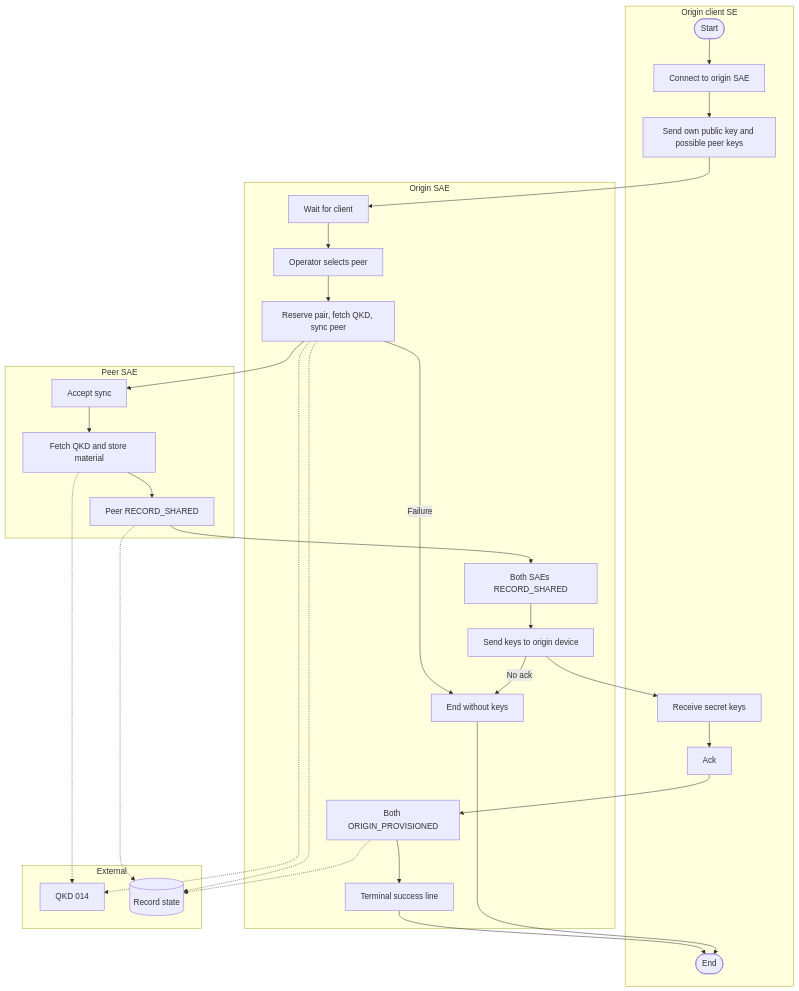
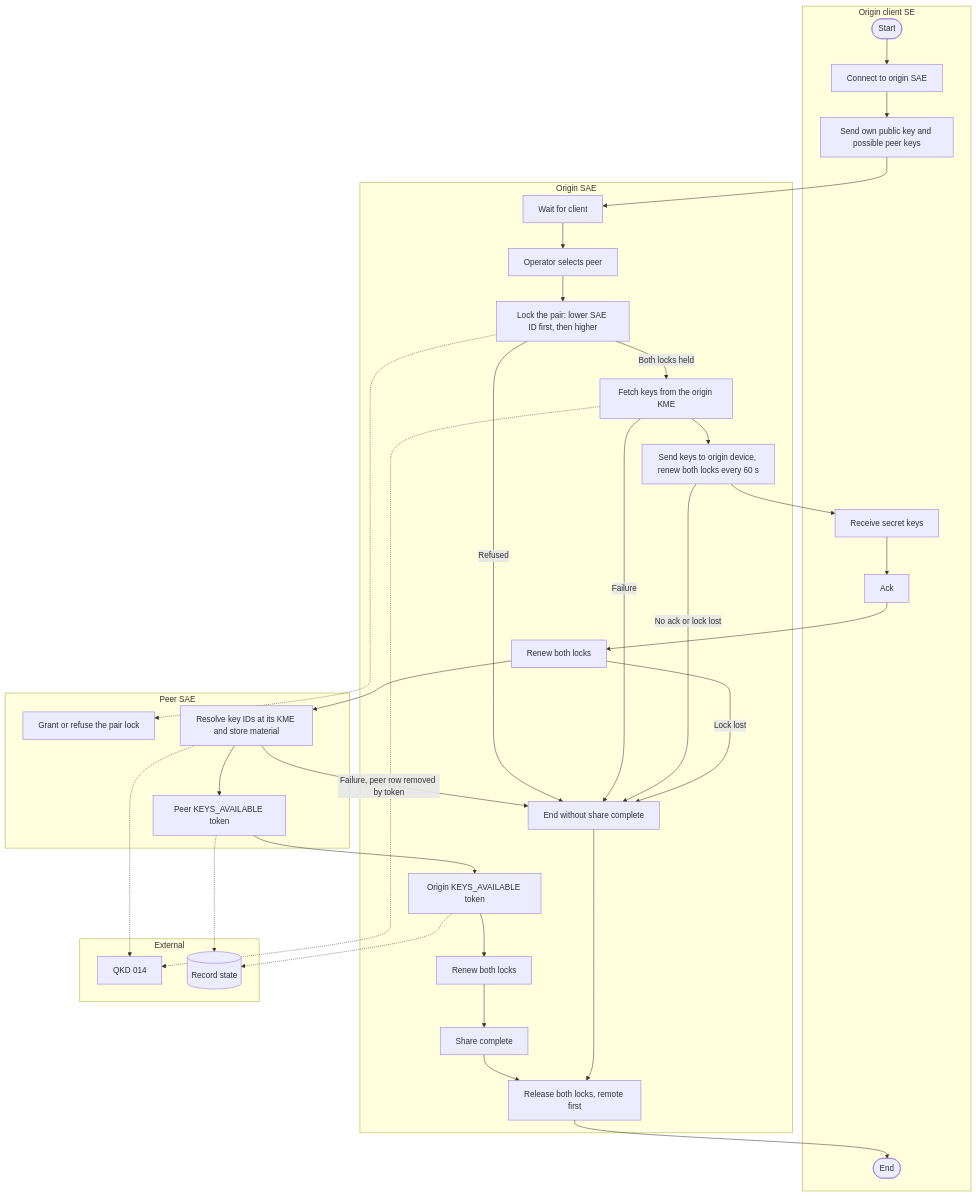
Before and after one commit to vonasmic/one-time-pad-keychain: the first of 9 diagrams in JAVA_APPS/docs/FLOWCHARTS.md, drawn with Mermaid. The commit also changed other lines of this file and 310 other files, not shown here.

Commit message:
sae: security analysis and its reflective changes

````diff
--- a/JAVA_APPS/docs/FLOWCHARTS.md
+++ b/JAVA_APPS/docs/FLOWCHARTS.md
@@ -16,46 +19,53 @@
 ```mermaid
 flowchart TD
     subgraph clientSE [Origin client SE]
         Start([Start])
         Connect[Connect to origin SAE]
         SendKeys[Send own public key and possible peer keys]
         ReceiveKeys[Receive secret keys]
         Ack[Ack]
         End([End])
     end
 
     subgraph originSAE [Origin SAE]
         WaitConn[Wait for client]
         UserChoice[Operator selects peer]
-        NewExchange[Reserve pair, fetch QKD, sync peer]
-        BothAvailable[Both SAEs RECORD_SHARED]
-        SendOrigin[Send keys to origin device]
-        MarkProvisioned[Both ORIGIN_PROVISIONED]
-        SuccessLine[Terminal success line]
-        NoKeys[End without keys]
+        Lock[Lock the pair: lower SAE ID first, then higher]
+        Fetch[Fetch keys from the origin KME]
+        SendOrigin[Send keys to origin device, renew both locks every 60 s]
+        Renew1[Renew both locks]
+        OriginWrite[Origin KEYS_AVAILABLE token]
+        Renew2[Renew both locks]
+        SuccessLine[Share complete]
+        Release[Release both locks, remote first]
+        NoKeys[End without share complete]
     end
 
     subgraph targetSAE [Peer SAE]
-        SyncKeys[Accept sync]
-        StoreKeys[Fetch QKD and store material]
-        PeerAvailable[Peer RECORD_SHARED]
+        PeerLock[Grant or refuse the pair lock]
+        StoreKeys[Resolve key IDs at its KME and store material]
+        PeerAvailable[Peer KEYS_AVAILABLE token]
     end
 
     subgraph external [External]
         QKD[QKD 014]
         DB[(Record state)]
     end
 
-    Start --> Connect --> SendKeys --> WaitConn --> UserChoice --> NewExchange
-    NewExchange -.-> QKD
-    NewExchange -.-> DB
-    NewExchange --> SyncKeys --> StoreKeys
+    Start --> Connect --> SendKeys --> WaitConn --> UserChoice --> Lock
+    Lock -.-> PeerLock
+    Lock -->|Both locks held| Fetch
+    Lock -->|Refused| NoKeys
+    Fetch -.-> QKD
+    Fetch --> SendOrigin --> ReceiveKeys --> Ack --> Renew1
+    Renew1 --> StoreKeys
     StoreKeys -.-> QKD
     StoreKeys --> PeerAvailable -.-> DB
-    PeerAvailable --> BothAvailable
-    BothAvailable --> SendOrigin --> ReceiveKeys --> Ack --> MarkProvisioned
-    MarkProvisioned -.-> DB
-    MarkProvisioned --> SuccessLine --> End
-    NewExchange -->|Failure| NoKeys --> End
-    SendOrigin -->|No ack| NoKeys
+    PeerAvailable --> OriginWrite -.-> DB
+    OriginWrite --> Renew2 --> SuccessLine --> Release --> End
+    Fetch -->|Failure| NoKeys
+    SendOrigin -->|No ack or lock lost| NoKeys
+    Renew1 -->|Lock lost| NoKeys
+    StoreKeys -->|Failure, peer row removed by token| NoKeys
+    NoKeys --> Release
 ```
````
